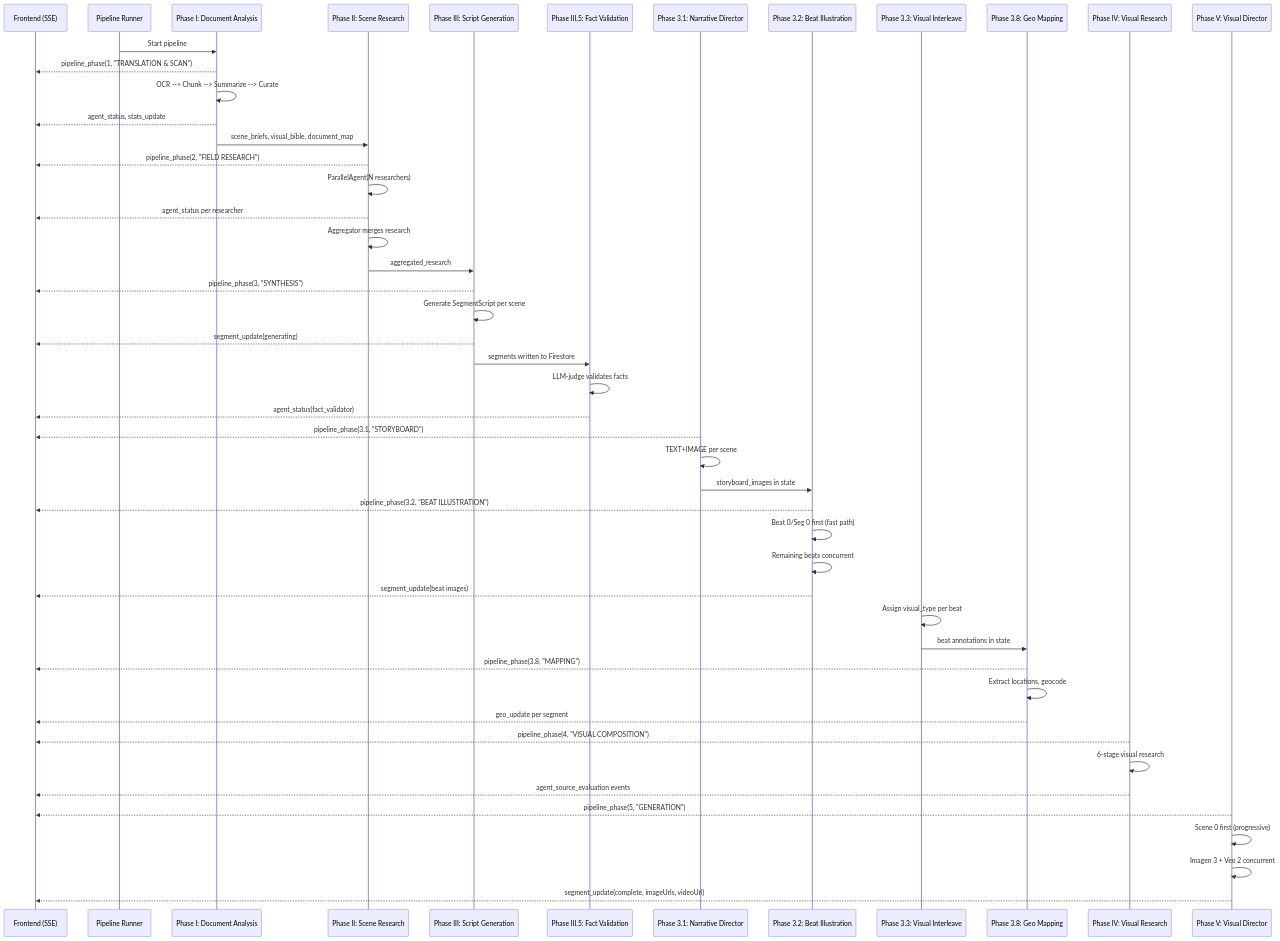
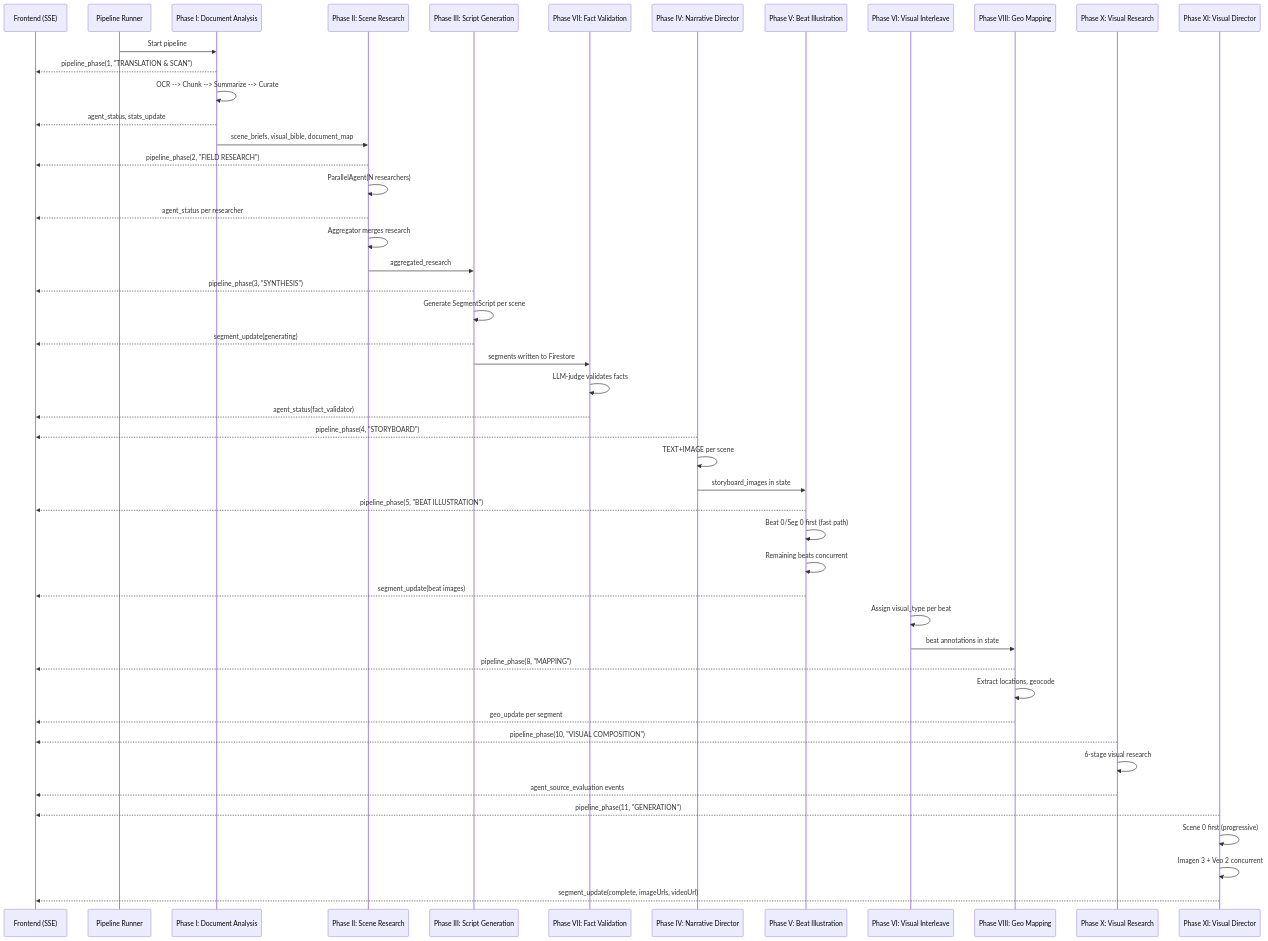
The second of 12 diagrams in docs/architecture/ARCHITECTURE.md (pancodo/gemini-live-agent-challenge), drawn with Mermaid before and after one commit. The commit also changed other lines of this file, not shown here.

First line of the commit message:
docs(architecture): align phase numbering to I–XI convention

````diff
--- a/docs/architecture/ARCHITECTURE.md
+++ b/docs/architecture/ARCHITECTURE.md
@@ -138,60 +138,60 @@
 ```mermaid
 sequenceDiagram
     participant FE as Frontend (SSE)
     participant P as Pipeline Runner
     participant PI as Phase I: Document Analysis
     participant PII as Phase II: Scene Research
     participant PIII as Phase III: Script Generation
-    participant PIII5 as Phase III.5: Fact Validation
-    participant P31 as Phase 3.1: Narrative Director
-    participant P32 as Phase 3.2: Beat Illustration
-    participant P33 as Phase 3.3: Visual Interleave
-    participant P38 as Phase 3.8: Geo Mapping
-    participant PIV as Phase IV: Visual Research
-    participant PV as Phase V: Visual Director
+    participant PVII as Phase VII: Fact Validation
+    participant PIV as Phase IV: Narrative Director
+    participant PV as Phase V: Beat Illustration
+    participant PVI as Phase VI: Visual Interleave
+    participant PVIII as Phase VIII: Geo Mapping
+    participant PX as Phase X: Visual Research
+    participant PXI as Phase XI: Visual Director
 
     P->>PI: Start pipeline
     PI-->>FE: pipeline_phase(1, "TRANSLATION & SCAN")
     PI->>PI: OCR --> Chunk --> Summarize --> Curate
     PI-->>FE: agent_status, stats_update
     PI->>PII: scene_briefs, visual_bible, document_map
 
     PII-->>FE: pipeline_phase(2, "FIELD RESEARCH")
     PII->>PII: ParallelAgent(N researchers)
     PII-->>FE: agent_status per researcher
     PII->>PII: Aggregator merges research
     PII->>PIII: aggregated_research
 
     PIII-->>FE: pipeline_phase(3, "SYNTHESIS")
     PIII->>PIII: Generate SegmentScript per scene
     PIII-->>FE: segment_update(generating)
-    PIII->>PIII5: segments written to Firestore
+    PIII->>PVII: segments written to Firestore
 
-    PIII5->>PIII5: LLM-judge validates facts
-    PIII5-->>FE: agent_status(fact_validator)
+    PVII->>PVII: LLM-judge validates facts
+    PVII-->>FE: agent_status(fact_validator)
 
-    P31-->>FE: pipeline_phase(3.1, "STORYBOARD")
-    P31->>P31: TEXT+IMAGE per scene
-    P31->>P32: storyboard_images in state
+    PIV-->>FE: pipeline_phase(4, "STORYBOARD")
+    PIV->>PIV: TEXT+IMAGE per scene
+    PIV->>PV: storyboard_images in state
 
-    P32-->>FE: pipeline_phase(3.2, "BEAT ILLUSTRATION")
-    P32->>P32: Beat 0/Seg 0 first (fast path)
-    P32->>P32: Remaining beats concurrent
-    P32-->>FE: segment_update(beat images)
+    PV-->>FE: pipeline_phase(5, "BEAT ILLUSTRATION")
+    PV->>PV: Beat 0/Seg 0 first (fast path)
+    PV->>PV: Remaining beats concurrent
+    PV-->>FE: segment_update(beat images)
 
-    P33->>P33: Assign visual_type per beat
-    P33->>P38: beat annotations in state
+    PVI->>PVI: Assign visual_type per beat
+    PVI->>PVIII: beat annotations in state
 
-    P38-->>FE: pipeline_phase(3.8, "MAPPING")
-    P38->>P38: Extract locations, geocode
-    P38-->>FE: geo_update per segment
+    PVIII-->>FE: pipeline_phase(8, "MAPPING")
+    PVIII->>PVIII: Extract locations, geocode
+    PVIII-->>FE: geo_update per segment
 
-    PIV-->>FE: pipeline_phase(4, "VISUAL COMPOSITION")
-    PIV->>PIV: 6-stage visual research
-    PIV-->>FE: agent_source_evaluation events
+    PX-->>FE: pipeline_phase(10, "VISUAL COMPOSITION")
+    PX->>PX: 6-stage visual research
+    PX-->>FE: agent_source_evaluation events
 
-    PV-->>FE: pipeline_phase(5, "GENERATION")
-    PV->>PV: Scene 0 first (progressive)
-    PV->>PV: Imagen 3 + Veo 2 concurrent
-    PV-->>FE: segment_update(complete, imageUrls, videoUrl)
+    PXI-->>FE: pipeline_phase(11, "GENERATION")
+    PXI->>PXI: Scene 0 first (progressive)
+    PXI->>PXI: Imagen 3 + Veo 2 concurrent
+    PXI-->>FE: segment_update(complete, imageUrls, videoUrl)
 ```
````
